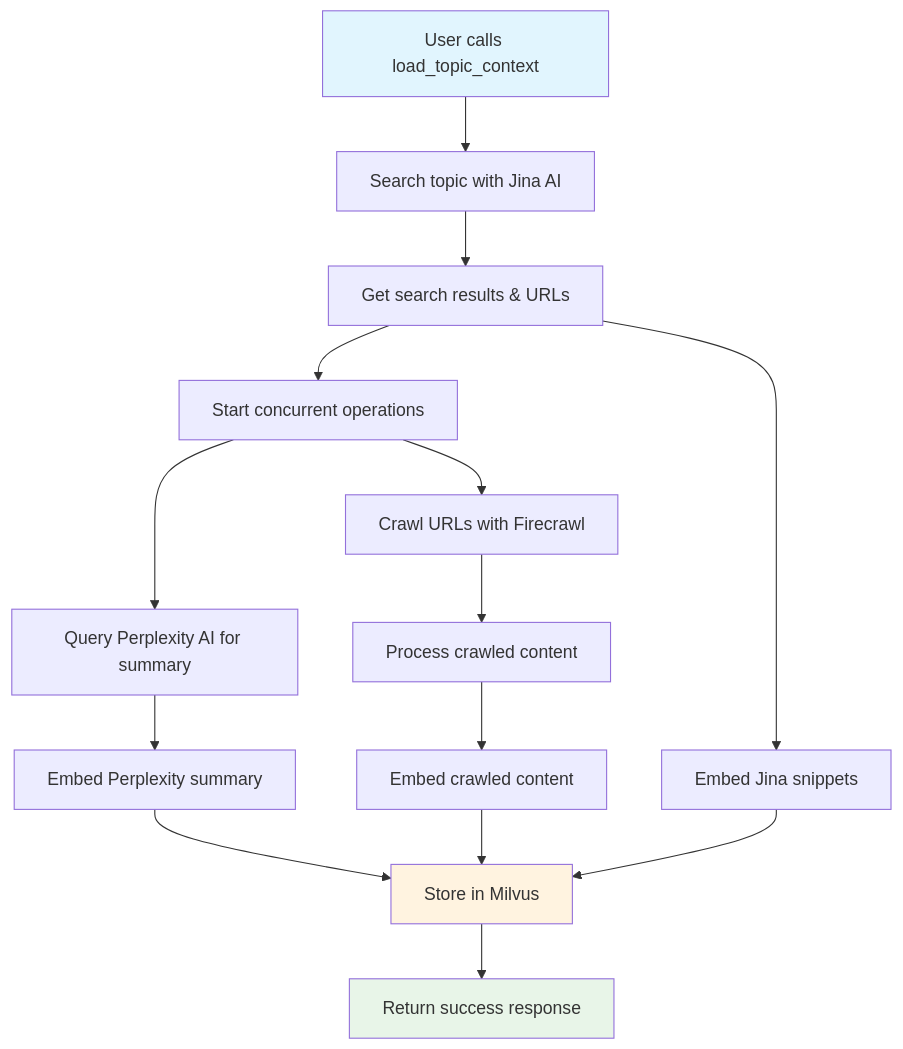
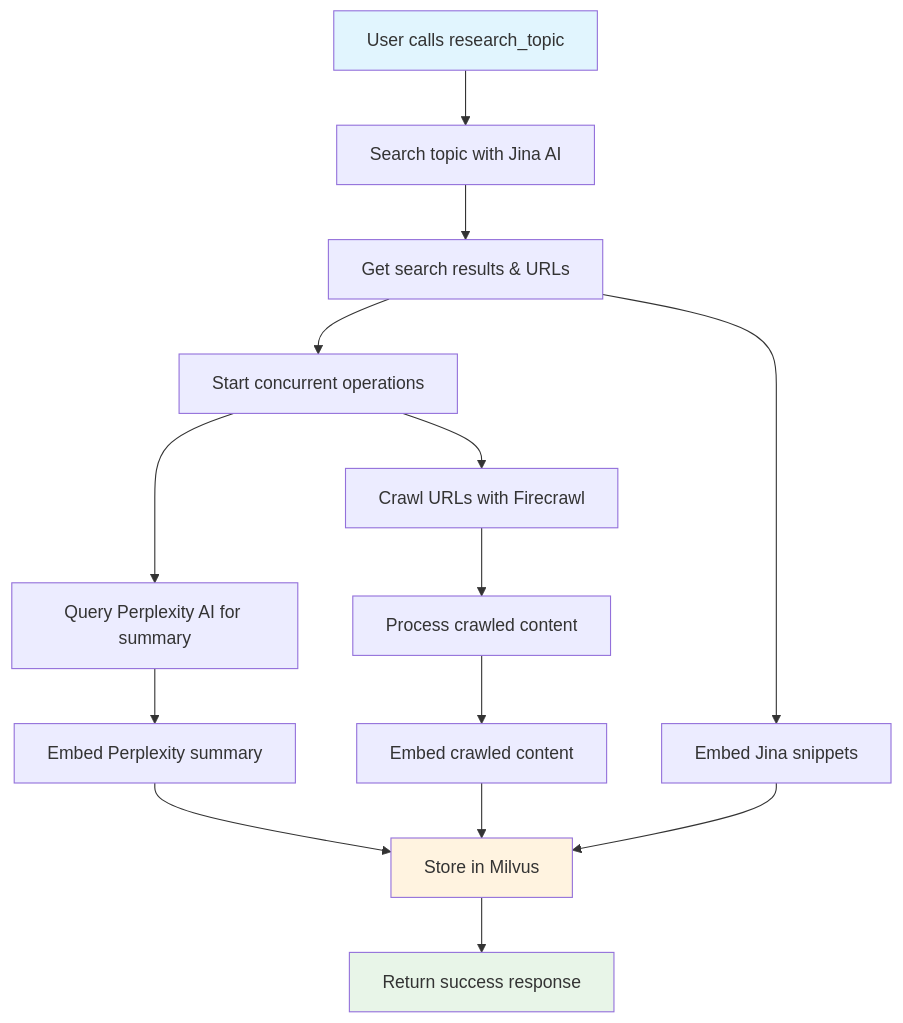
One commit to terrymunro/mcp-ragster changed the diagram in README.md. Above: the diagram before and after it, drawn with Mermaid. The commit also changed other lines of this file and 7 other files, not shown here.

First line of the commit message:
feat(mcp): rename tools and add async multi-topic research

````diff
--- a/README.md
+++ b/README.md
@@ -28,24 +28,24 @@
 ```mermaid
 graph TD
-    A[User calls load_topic_context] --> B[Search topic with Jina AI]
+    A[User calls research_topic] --> B[Search topic with Jina AI]
     B --> C[Get search results & URLs]
     C --> D[Start concurrent operations]
     
     D --> E[Query Perplexity AI for summary]
     D --> F[Crawl URLs with Firecrawl]
     
     E --> G[Embed Perplexity summary]
     F --> H[Process crawled content]
     H --> I[Embed crawled content]
     
     G --> J[Store in Milvus]
     I --> J
     C --> K[Embed Jina snippets]
     K --> J
     
     J --> L[Return success response]
     
     style A fill:#e1f5fe
     style L fill:#e8f5e8
     style J fill:#fff3e0
 ```
````
